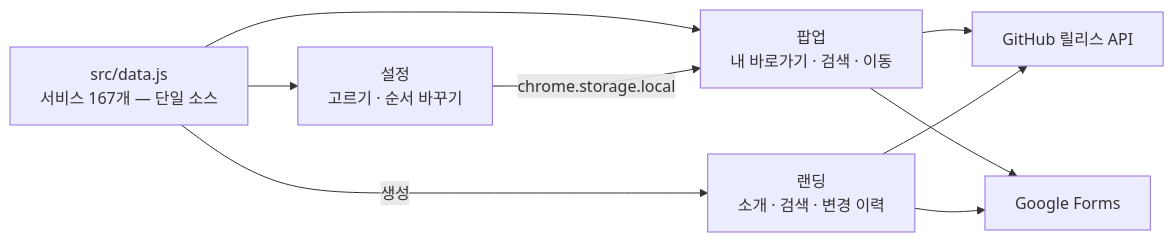
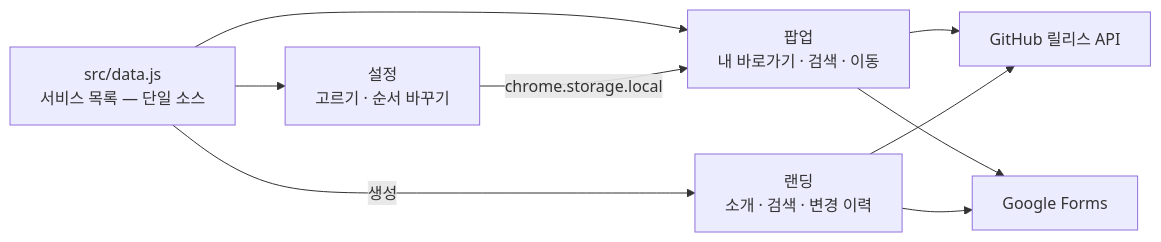
The diagram in docs/spec/README.md (kangkyunghyun/LinKHU), drawn with Mermaid before and after one commit. The commit also changed other lines of this file and 17 other files, not shown here.

````diff
--- a/docs/spec/README.md
+++ b/docs/spec/README.md
@@ -9,12 +9,12 @@
 ```mermaid
 flowchart LR
-    D["src/data.js<br>서비스 167개 — 단일 소스"]
+    D["src/data.js<br>서비스 목록 — 단일 소스"]
     D --> P["팝업<br>내 바로가기 · 검색 · 이동"]
     D --> O["설정<br>고르기 · 순서 바꾸기"]
     D -- "생성" --> L["랜딩<br>소개 · 검색 · 변경 이력"]
     O -- "chrome.storage.local" --> P
     P --> G["GitHub 릴리스 API"]
     L --> G
     P --> F["Google Forms"]
     L --> F
 ```
````
